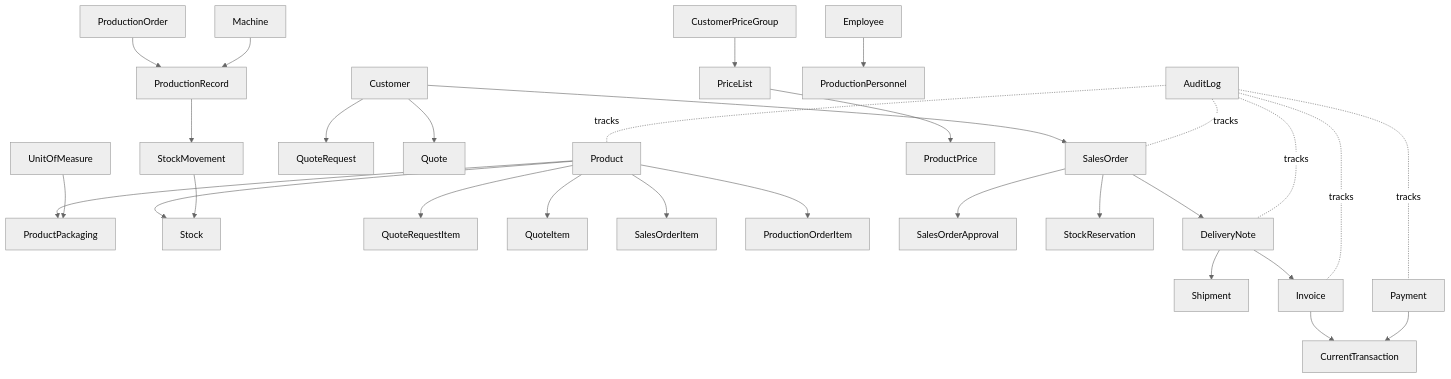
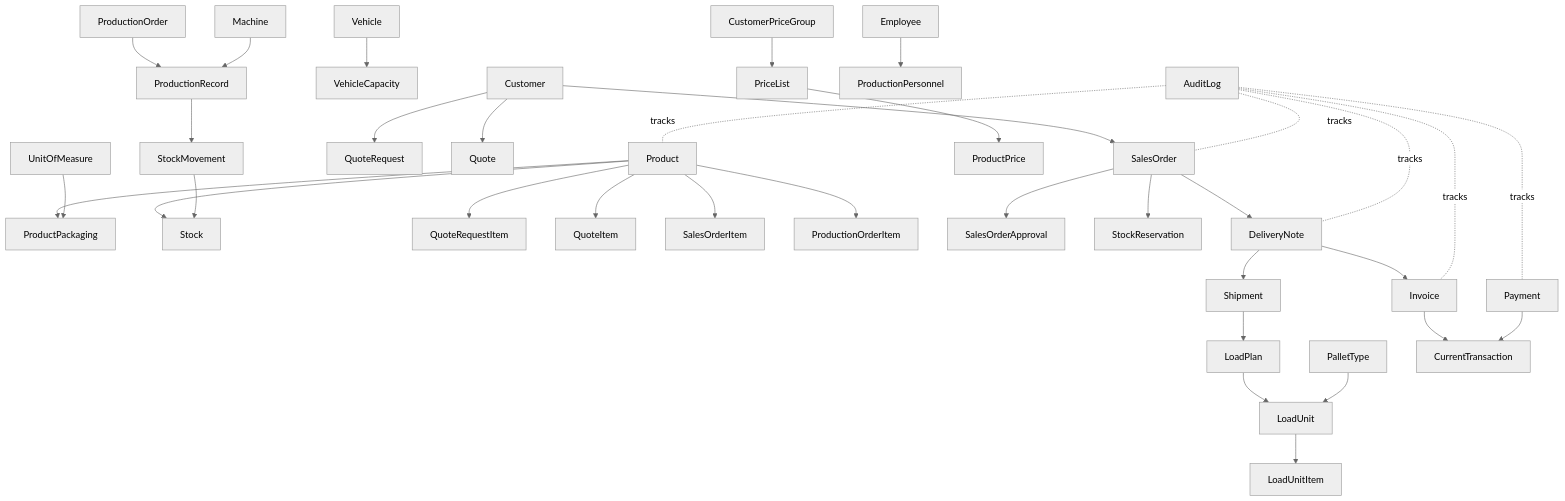
One commit to Huseyincansagir/OKM-Pro-Plus changed the diagram in docs/02-architecture/00-domain-model.md. Above: the diagram before and after it, drawn with Mermaid (neutral theme). The commit also changed other lines of this file and 17 other files, not shown here.

````diff
--- a/docs/02-architecture/00-domain-model.md
+++ b/docs/02-architecture/00-domain-model.md
@@ -49,32 +49,37 @@
 ```mermaid
 flowchart TD
   Product --> ProductPackaging
   UnitOfMeasure --> ProductPackaging
   Product --> Stock
   Product --> QuoteRequestItem
   Product --> QuoteItem
   Product --> SalesOrderItem
   Product --> ProductionOrderItem
   Customer --> QuoteRequest
   Customer --> Quote
   Customer --> SalesOrder
   SalesOrder --> SalesOrderApproval
   SalesOrder --> StockReservation
   SalesOrder --> DeliveryNote
   DeliveryNote --> Shipment
+  Shipment --> LoadPlan
+  LoadPlan --> LoadUnit
+  LoadUnit --> LoadUnitItem
+  Vehicle --> VehicleCapacity
+  PalletType --> LoadUnit
   DeliveryNote --> Invoice
   Invoice --> CurrentTransaction
   PriceList --> ProductPrice
   CustomerPriceGroup --> PriceList
   Payment --> CurrentTransaction
   ProductionOrder --> ProductionRecord
   Machine --> ProductionRecord
   Employee --> ProductionPersonnel
   ProductionRecord --> StockMovement
   StockMovement --> Stock
   AuditLog -.tracks.- Product
   AuditLog -.tracks.- SalesOrder
   AuditLog -.tracks.- DeliveryNote
   AuditLog -.tracks.- Invoice
   AuditLog -.tracks.- Payment
 ```
````
